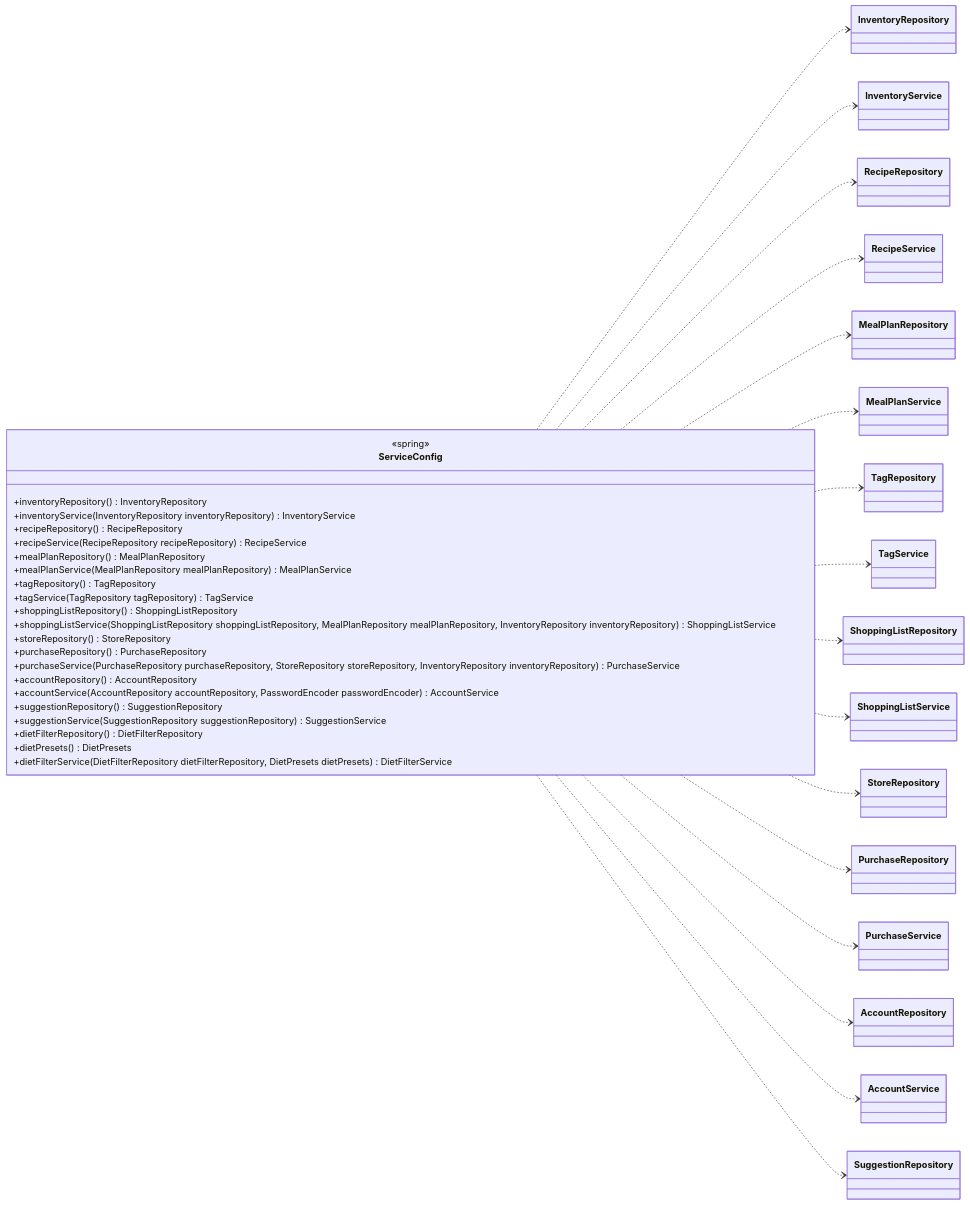
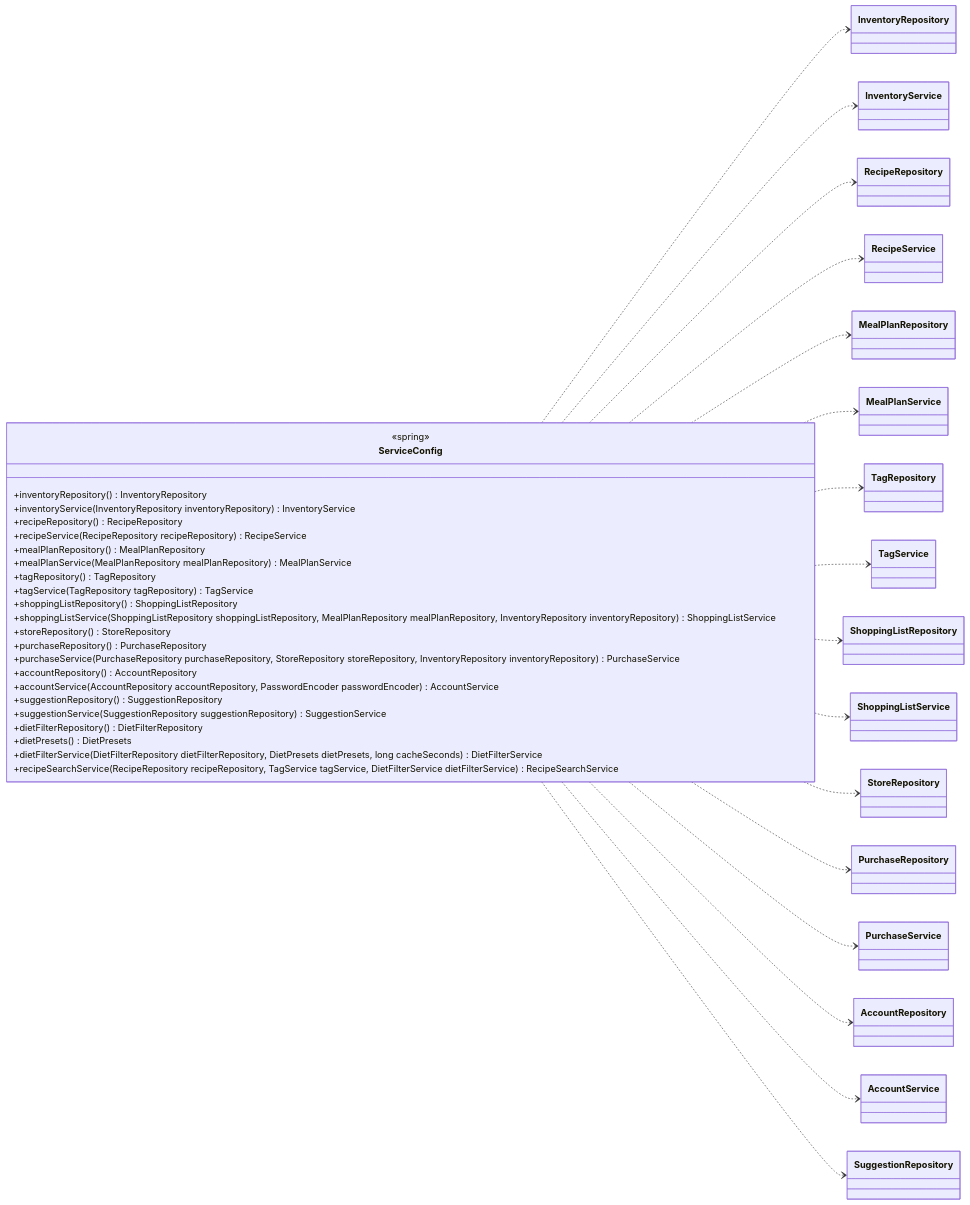
One commit to Nate-ryan-7690/dahaem changed diagram 42 of 52 in docs/classes/api.md. Above: the diagram before and after it, drawn with Mermaid. The commit also changed other lines of this file and 35 other files, not shown here.

First line of the commit message:
Recipe search and paging for GET /api/recipes

````diff
--- a/docs/classes/api.md
+++ b/docs/classes/api.md
@@ -1864,60 +1903,61 @@
 ```mermaid
 classDiagram
     direction LR
     class api_ServiceConfig["ServiceConfig"] {
         <<spring>>
         +inventoryRepository() InventoryRepository
         +inventoryService(InventoryRepository inventoryRepository) InventoryService
         +recipeRepository() RecipeRepository
         +recipeService(RecipeRepository recipeRepository) RecipeService
         +mealPlanRepository() MealPlanRepository
         +mealPlanService(MealPlanRepository mealPlanRepository) MealPlanService
         +tagRepository() TagRepository
         +tagService(TagRepository tagRepository) TagService
         +shoppingListRepository() ShoppingListRepository
         +shoppingListService(ShoppingListRepository shoppingListRepository, MealPlanRepository mealPlanRepository, InventoryRepository inventoryRepository) ShoppingListService
         +storeRepository() StoreRepository
         +purchaseRepository() PurchaseRepository
         +purchaseService(PurchaseRepository purchaseRepository, StoreRepository storeRepository, InventoryRepository inventoryRepository) PurchaseService
         +accountRepository() AccountRepository
         +accountService(AccountRepository accountRepository, PasswordEncoder passwordEncoder) AccountService
         +suggestionRepository() SuggestionRepository
         +suggestionService(SuggestionRepository suggestionRepository) SuggestionService
         +dietFilterRepository() DietFilterRepository
         +dietPresets() DietPresets
-        +dietFilterService(DietFilterRepository dietFilterRepository, DietPresets dietPresets) DietFilterService
+        +dietFilterService(DietFilterRepository dietFilterRepository, DietPresets dietPresets, long cacheSeconds) DietFilterService
+        +recipeSearchService(RecipeRepository recipeRepository, TagService tagService, DietFilterService dietFilterService) RecipeSearchService
     }
     class inventory_InventoryRepository["InventoryRepository"]
     class inventory_InventoryService["InventoryService"]
     class mealplanner_RecipeRepository["RecipeRepository"]
     class mealplanner_RecipeService["RecipeService"]
     class mealplanner_MealPlanRepository["MealPlanRepository"]
     class mealplanner_MealPlanService["MealPlanService"]
     class tags_TagRepository["TagRepository"]
     class tags_TagService["TagService"]
     class shopping_ShoppingListRepository["ShoppingListRepository"]
     class shopping_ShoppingListService["ShoppingListService"]
     class stores_StoreRepository["StoreRepository"]
     class finance_PurchaseRepository["PurchaseRepository"]
     class finance_PurchaseService["PurchaseService"]
     class auth_AccountRepository["AccountRepository"]
     class auth_AccountService["AccountService"]
     class suggestions_SuggestionRepository["SuggestionRepository"]
     api_ServiceConfig ..> inventory_InventoryRepository
     api_ServiceConfig ..> inventory_InventoryService
     api_ServiceConfig ..> mealplanner_RecipeRepository
     api_ServiceConfig ..> mealplanner_RecipeService
     api_ServiceConfig ..> mealplanner_MealPlanRepository
     api_ServiceConfig ..> mealplanner_MealPlanService
     api_ServiceConfig ..> tags_TagRepository
     api_ServiceConfig ..> tags_TagService
     api_ServiceConfig ..> shopping_ShoppingListRepository
     api_ServiceConfig ..> shopping_ShoppingListService
     api_ServiceConfig ..> stores_StoreRepository
     api_ServiceConfig ..> finance_PurchaseRepository
     api_ServiceConfig ..> finance_PurchaseService
     api_ServiceConfig ..> auth_AccountRepository
     api_ServiceConfig ..> auth_AccountService
     api_ServiceConfig ..> suggestions_SuggestionRepository
-    %% 4 more neighbours not drawn
+    %% 5 more neighbours not drawn
 ```
````
